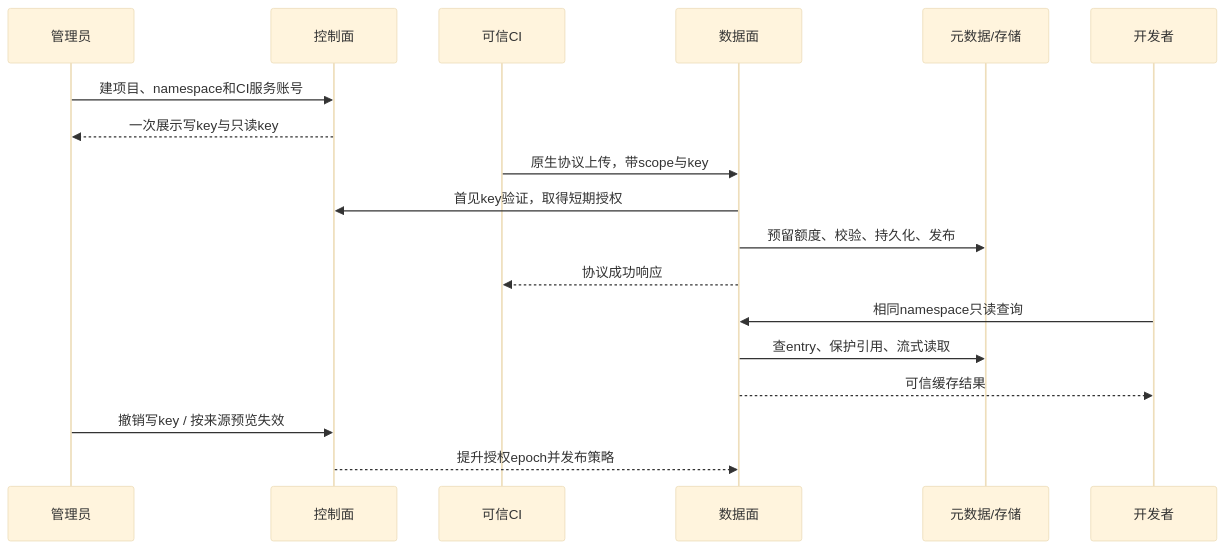
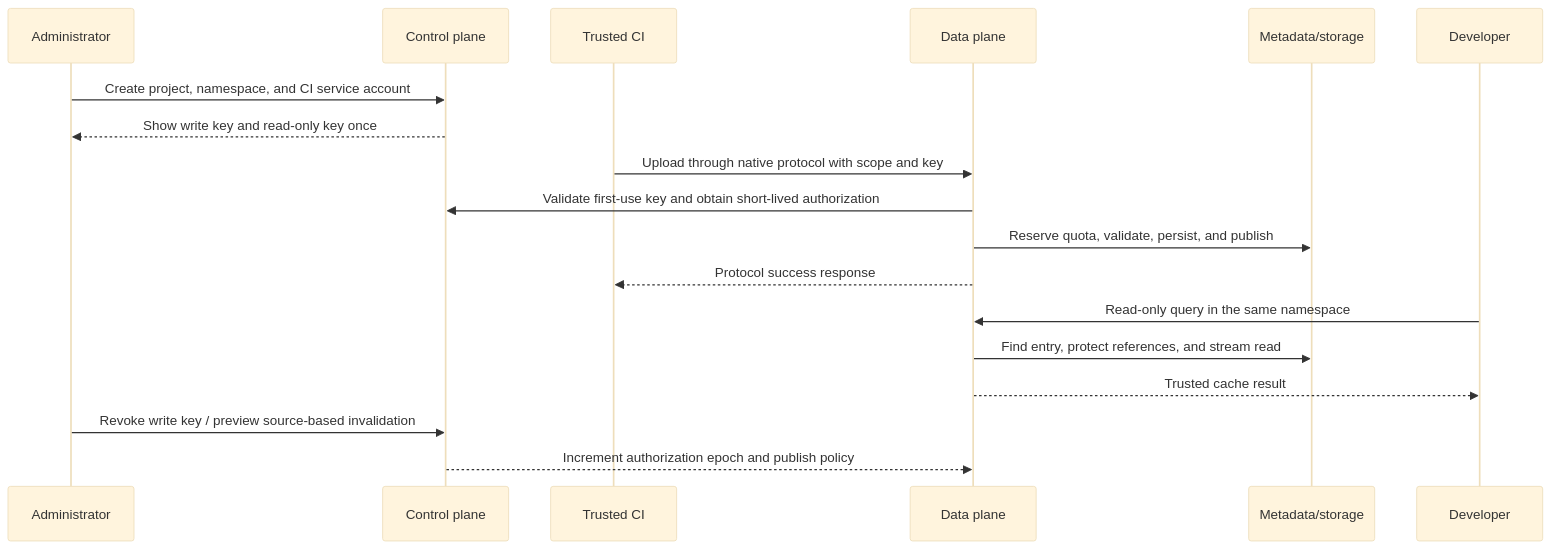
One commit to expbuild/expbuild changed the diagram in docs/design/README.md. Above: the diagram before and after it, drawn with Mermaid (base theme). The commit also changed other lines of this file and 39 other files, not shown here.

````diff
--- a/docs/design/README.md
+++ b/docs/design/README.md
@@ -53,20 +53,20 @@
 ```mermaid
 sequenceDiagram
-    participant Admin as 管理员
-    participant CP as 控制面
-    participant A as 可信CI
-    participant DP as 数据面
-    participant DB as 元数据/存储
-    participant B as 开发者
-    Admin->>CP: 建项目、namespace和CI服务账号
-    CP-->>Admin: 一次展示写key与只读key
-    A->>DP: 原生协议上传，带scope与key
-    DP->>CP: 首见key验证，取得短期授权
-    DP->>DB: 预留额度、校验、持久化、发布
-    DP-->>A: 协议成功响应
-    B->>DP: 相同namespace只读查询
-    DP->>DB: 查entry、保护引用、流式读取
-    DP-->>B: 可信缓存结果
-    Admin->>CP: 撤销写key / 按来源预览失效
-    CP-->>DP: 提升授权epoch并发布策略
+    participant Admin as Administrator
+    participant CP as Control plane
+    participant A as Trusted CI
+    participant DP as Data plane
+    participant DB as Metadata/storage
+    participant B as Developer
+    Admin->>CP: Create project, namespace, and CI service account
+    CP-->>Admin: Show write key and read-only key once
+    A->>DP: Upload through native protocol with scope and key
+    DP->>CP: Validate first-use key and obtain short-lived authorization
+    DP->>DB: Reserve quota, validate, persist, and publish
+    DP-->>A: Protocol success response
+    B->>DP: Read-only query in the same namespace
+    DP->>DB: Find entry, protect references, and stream read
+    DP-->>B: Trusted cache result
+    Admin->>CP: Revoke write key / preview source-based invalidation
+    CP-->>DP: Increment authorization epoch and publish policy
 ```
````
